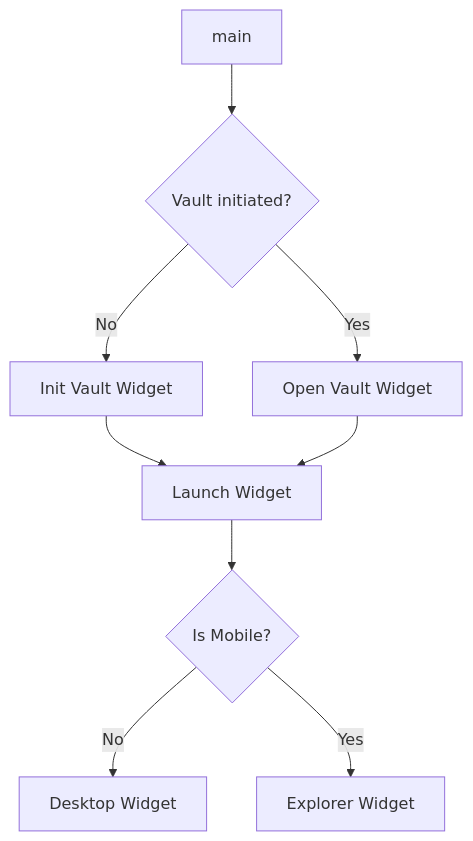
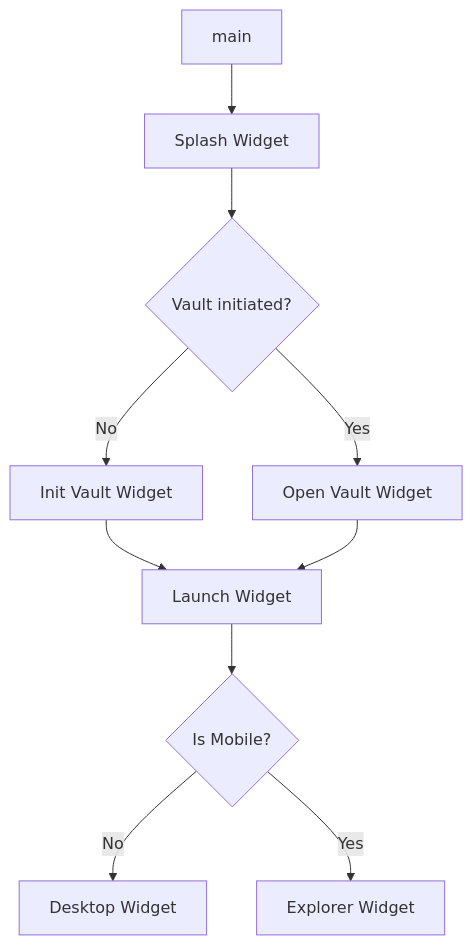
Before and after one commit to zxbase/zxbase_app: the diagram in diagrams.md, drawn with Mermaid.

Commit message:
update launch diagram

````diff
--- a/diagrams.md
+++ b/diagrams.md
@@ -4,11 +4,12 @@
 ```mermaid
   graph TD;
-      A[main] --> B{Vault initiated?};
+      A[main] --> A1[Splash Widget];
+      A1 --> B{Vault initiated?};
       B -- No --> C;
       B -- Yes --> D;
       C[Init Vault Widget] --> E;
       D[Open Vault Widget] --> E;
       E[Launch Widget] --> F{Is Mobile?};
       F -- No --> G[Desktop Widget];
       F -- Yes --> H[Explorer Widget];
 ```
````
